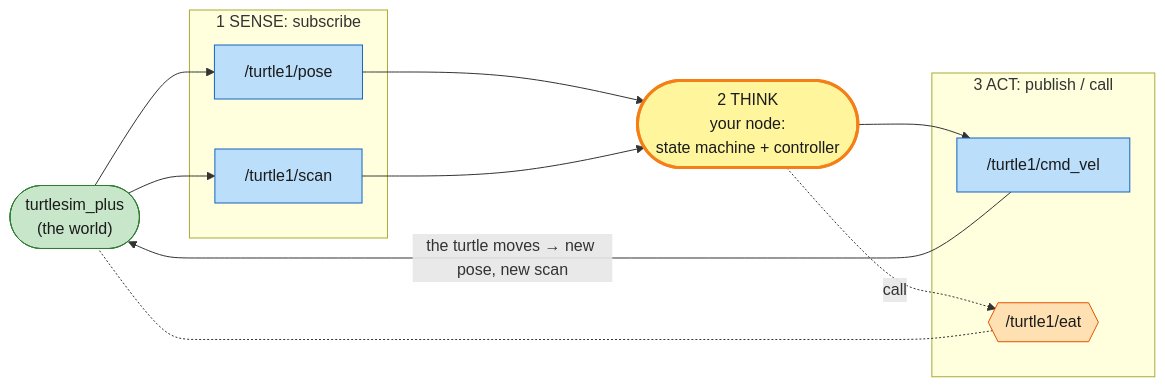
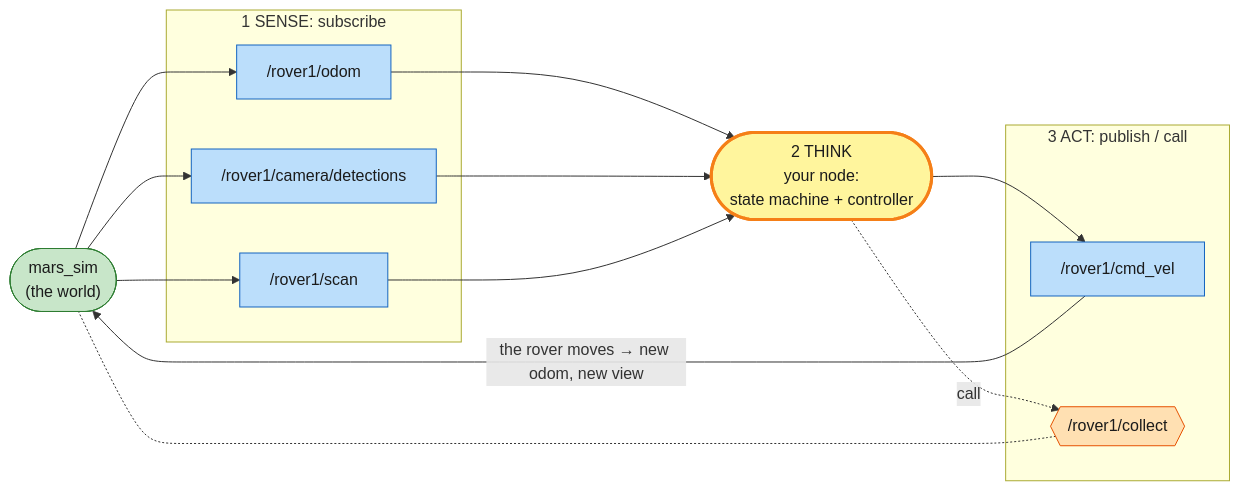
The ninth of 14 diagrams in ARCHITECTURE.md (kittinook/ros2_tutorial), drawn with Mermaid before and after one commit. The commit also changed other lines of this file and 183 other files, not shown here.

First line of the commit message:
Replace Turtle Quest with Mars Rover Academy

````diff
--- a/ARCHITECTURE.md
+++ b/ARCHITECTURE.md
@@ -202,24 +230,25 @@
 ```mermaid
 flowchart LR
     classDef ros fill:#c8e6c9,stroke:#2e7d32,color:#1b1b1b
     classDef mine fill:#fff59d,stroke:#f57f17,stroke-width:3px,color:#1b1b1b
     classDef topic fill:#bbdefb,stroke:#1565c0,color:#1b1b1b
     classDef srv fill:#ffe0b2,stroke:#e65100,color:#1b1b1b
     classDef param fill:#eeeeee,stroke:#616161,color:#1b1b1b
-    WORLD(["turtlesim_plus<br/>(the world)"]):::ros
+    WORLD(["mars_sim<br/>(the world)"]):::ros
     subgraph SENSE["1 SENSE: subscribe"]
-        POSE["/turtle1/pose"]:::topic
-        SCAN["/turtle1/scan"]:::topic
+        ODOM["/rover1/odom"]:::topic
+        CAM["/rover1/camera/detections"]:::topic
+        SCAN["/rover1/scan"]:::topic
     end
     THINK(["2 THINK<br/>your node:<br/>state machine + controller"]):::mine
     subgraph ACT["3 ACT: publish / call"]
-        CMD["/turtle1/cmd_vel"]:::topic
-        EAT{{"/turtle1/eat"}}:::srv
+        CMD["/rover1/cmd_vel"]:::topic
+        COL{{"/rover1/collect"}}:::srv
     end
-    WORLD --> POSE & SCAN
-    POSE & SCAN --> THINK
+    WORLD --> ODOM & CAM & SCAN
+    ODOM & CAM & SCAN --> THINK
     THINK --> CMD
-    THINK -. call .-> EAT
-    CMD -- "the turtle moves → new pose, new scan" --> WORLD
-    EAT -.- WORLD
+    THINK -. call .-> COL
+    CMD -- "the rover moves → new odom, new view" --> WORLD
+    COL -.- WORLD
 ```
````
